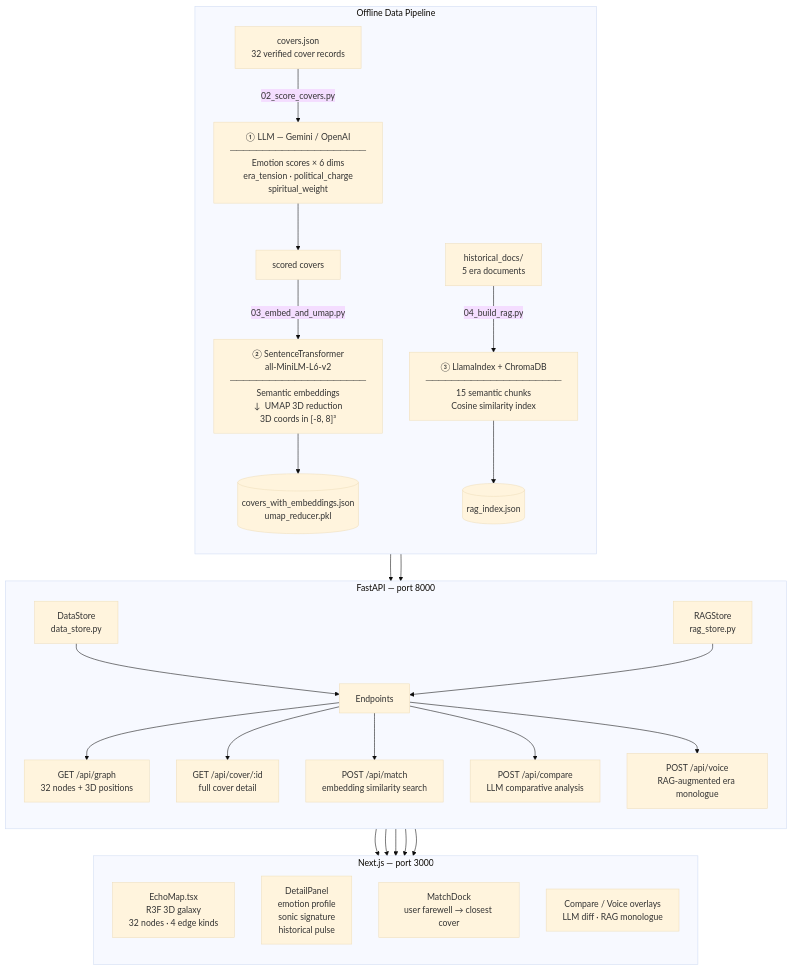
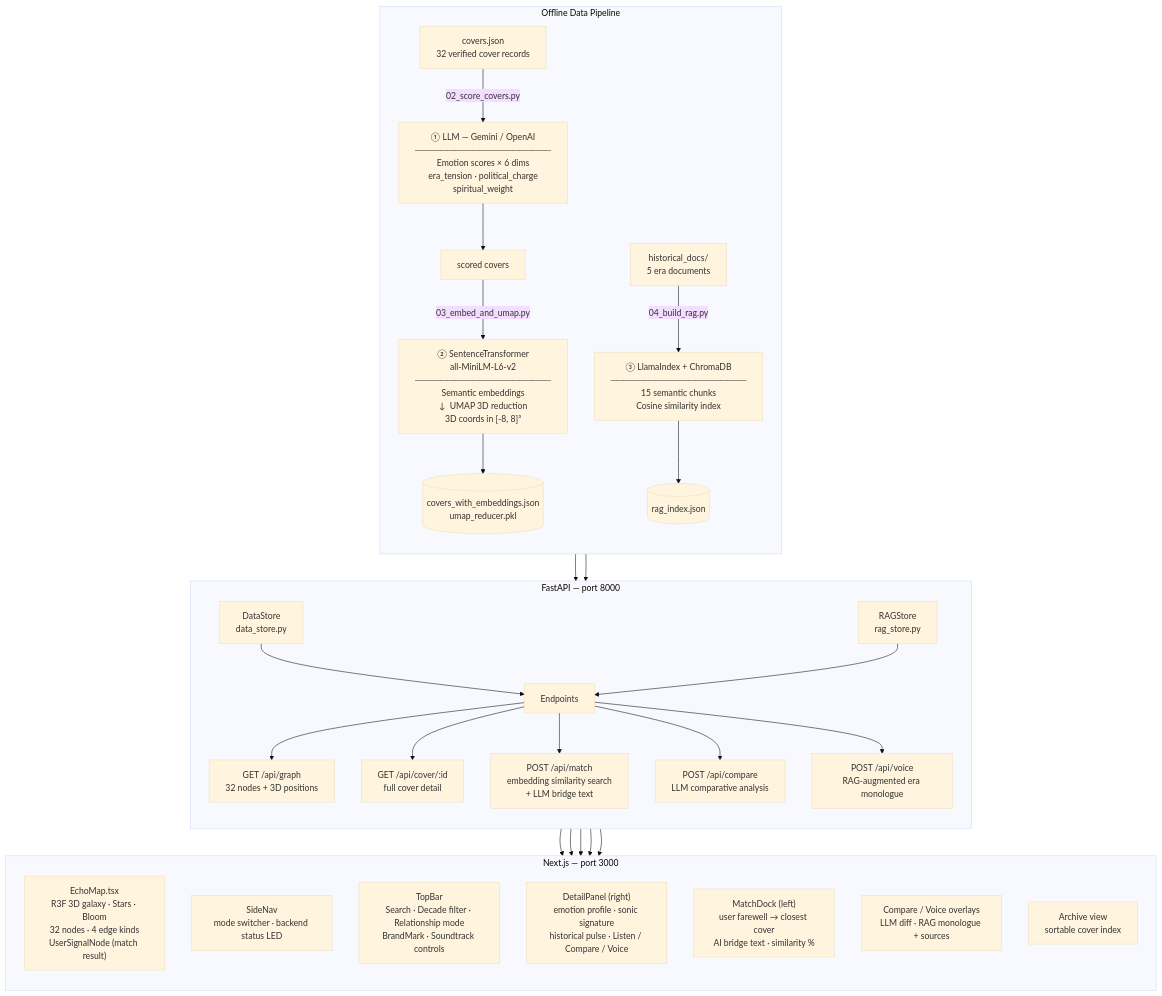
Before and after one commit to burakyalcin10/echo-chamber-ai: the diagram in README.md, drawn with Mermaid (base theme). The commit also changed other lines of this file and 16 other files, not shown here.

````diff
--- a/README.md
+++ b/README.md
@@ -68,50 +68,53 @@
 ```mermaid
 flowchart TD
     subgraph PIPELINE["Offline Data Pipeline"]
         direction TB
         RAW["covers.json\n32 verified cover records"]
         HD["historical_docs/\n5 era documents"]
 
         RAW -->|"02_score_covers.py"| LLM
         LLM["① LLM — Gemini / OpenAI\n─────────────────────\nEmotion scores × 6 dims\nera_tension · political_charge\nspiritual_weight"]
 
         LLM --> SCORED["scored covers"]
         SCORED -->|"03_embed_and_umap.py"| EMB
         EMB["② SentenceTransformer\nall-MiniLM-L6-v2\n─────────────────────\nSemantic embeddings\n↓  UMAP 3D reduction\n3D coords in [-8, 8]³"]
 
         EMB --> PROC[("covers_with_embeddings.json\numap_reducer.pkl")]
 
         HD -->|"04_build_rag.py"| RAGI
         RAGI["③ LlamaIndex + ChromaDB\n─────────────────────\n15 semantic chunks\nCosine similarity index"]
         RAGI --> RAGF[("rag_index.json")]
     end
 
     subgraph API["FastAPI — port 8000"]
         direction TB
         PROC --> DS["DataStore\ndata_store.py"]
         RAGF --> RS["RAGStore\nrag_store.py"]
         DS --> EP
         RS --> EP
 
         EP["Endpoints"]
         EP --> E1["GET /api/graph\n32 nodes + 3D positions"]
         EP --> E2["GET /api/cover/:id\nfull cover detail"]
-        EP --> E3["POST /api/match\nembedding similarity search"]
+        EP --> E3["POST /api/match\nembedding similarity search\n+ LLM bridge text"]
         EP --> E4["POST /api/compare\nLLM comparative analysis"]
         EP --> E5["POST /api/voice\nRAG-augmented era monologue"]
     end
 
     subgraph FRONT["Next.js — port 3000"]
         direction TB
-        GALAXY["EchoMap.tsx\nR3F 3D galaxy\n32 nodes · 4 edge kinds"]
-        DETAIL["DetailPanel\nemotion profile\nsonic signature\nhistorical pulse"]
-        MATCH["MatchDock\nuser farewell → closest cover"]
-        OVER["Compare / Voice overlays\nLLM diff · RAG monologue"]
+        GALAXY["EchoMap.tsx\nR3F 3D galaxy · Stars · Bloom\n32 nodes · 4 edge kinds\nUserSignalNode (match result)"]
+        SIDENAV["SideNav\nmode switcher · backend status LED"]
+        TOPBAR["TopBar\nSearch · Decade filter · Relationship mode\nBrandMark · Soundtrack controls"]
+        DETAIL["DetailPanel (right)\nemotion profile · sonic signature\nhistorical pulse · Listen / Compare / Voice"]
+        MATCH["MatchDock (left)\nuser farewell → closest cover\nAI bridge text · similarity %"]
+        OVER["Compare / Voice overlays\nLLM diff · RAG monologue + sources"]
+        ARCHIVE["Archive view\nsortable cover index"]
     end
 
     E1 --> GALAXY
     E2 --> DETAIL
     E3 --> MATCH
     E4 --> OVER
     E5 --> OVER
 ```
````
